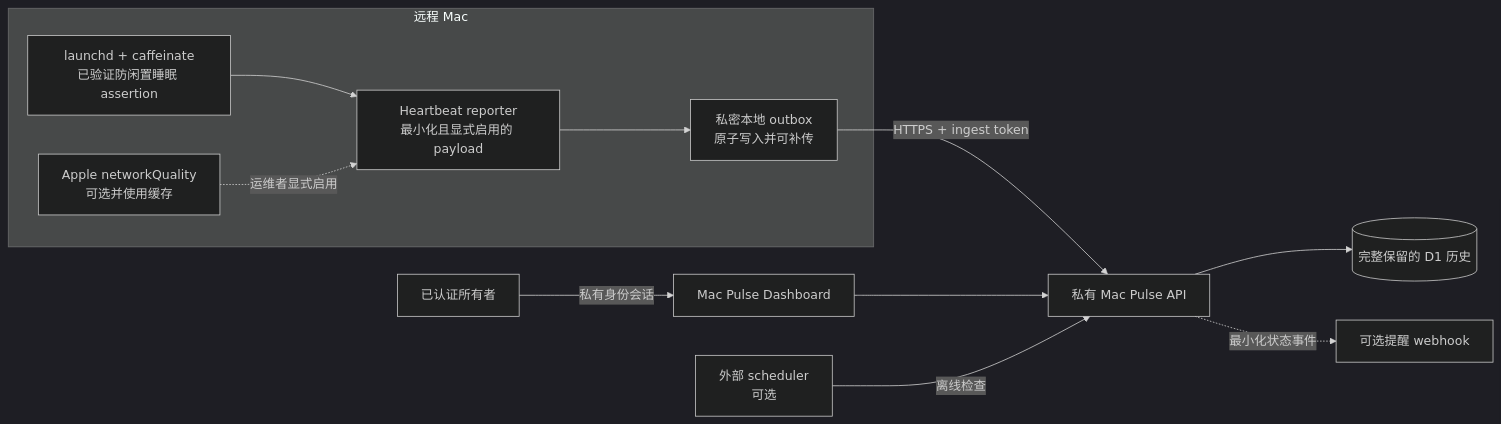
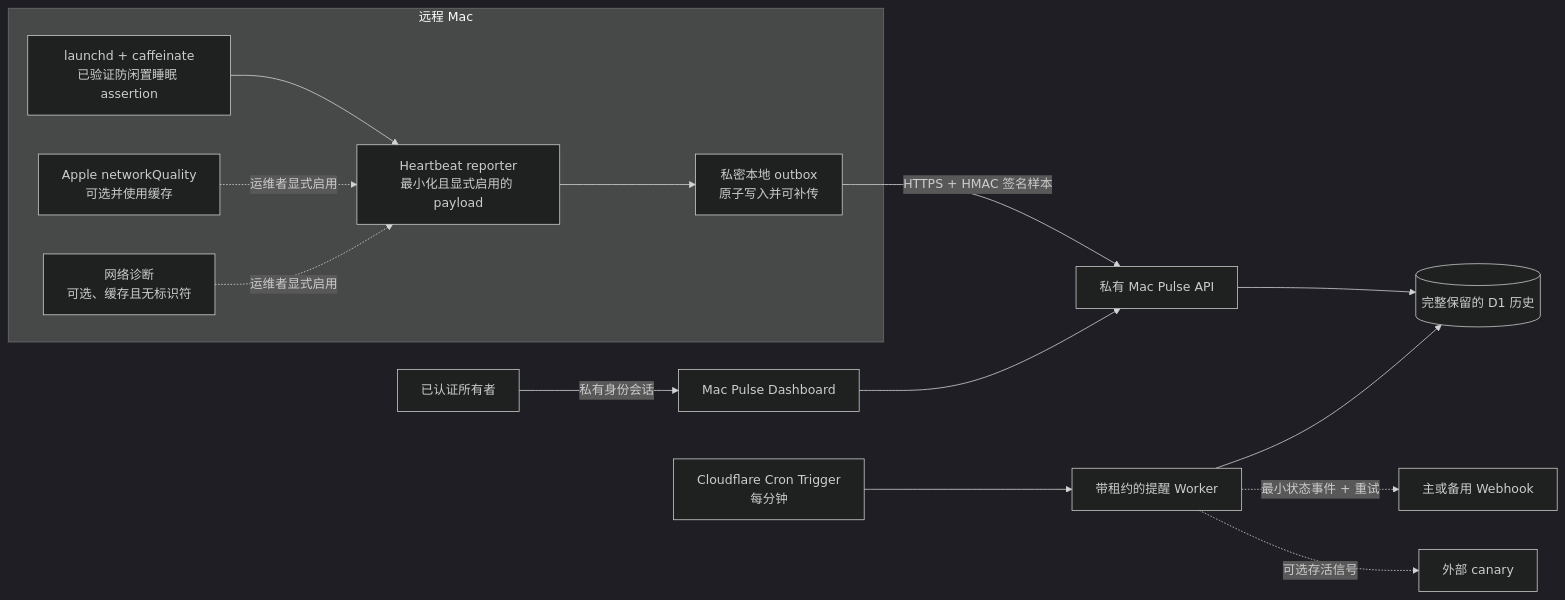
The diagram in docs/ARCHITECTURE.zh-CN.md (xudaniel/remote-mac-keepawake), drawn with Mermaid (dark theme) before and after one commit. The commit also changed other lines of this file and 36 other files, not shown here.

First line of the commit message:
feat: ship resilient Mac Pulse v1.4.0 (#36)

````diff
--- a/docs/ARCHITECTURE.zh-CN.md
+++ b/docs/ARCHITECTURE.zh-CN.md
@@ -8,19 +8,23 @@
 ```mermaid
 flowchart LR
   subgraph Mac[远程 Mac]
     KA[launchd + caffeinate\n已验证防闲置睡眠 assertion]
     HB[Heartbeat reporter\n最小化且显式启用的 payload]
     OQ[私密本地 outbox\n原子写入并可补传]
     NQ[Apple networkQuality\n可选并使用缓存]
+    ND[网络诊断\n可选、缓存且无标识符]
     KA --> HB
     NQ -. 运维者显式启用 .-> HB
+    ND -. 运维者显式启用 .-> HB
     HB --> OQ
   end
 
-  OQ -->|HTTPS + ingest token| API[私有 Mac Pulse API]
+  OQ -->|HTTPS + HMAC 签名样本| API[私有 Mac Pulse API]
   API --> DB[(完整保留的 D1 历史)]
   Owner[已认证所有者] -->|私有身份会话| UI[Mac Pulse Dashboard]
   UI --> API
-  Scheduler[外部 scheduler\n可选] -->|离线检查| API
-  API -. 最小化状态事件 .-> Webhook[可选提醒 webhook]
+  Cron[Cloudflare Cron Trigger\n每分钟] --> Worker[带租约的提醒 Worker]
+  Worker --> DB
+  Worker -. 最小状态事件 + 重试 .-> Webhook[主或备用 Webhook]
+  Worker -. 可选存活信号 .-> Canary[外部 canary]
 ```
````
